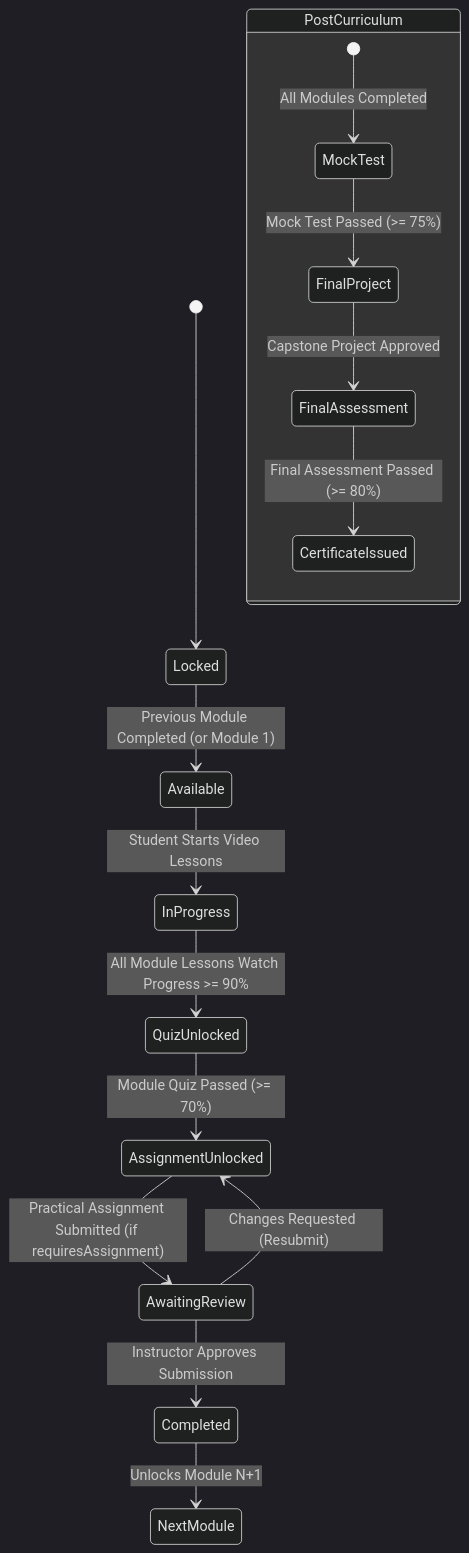
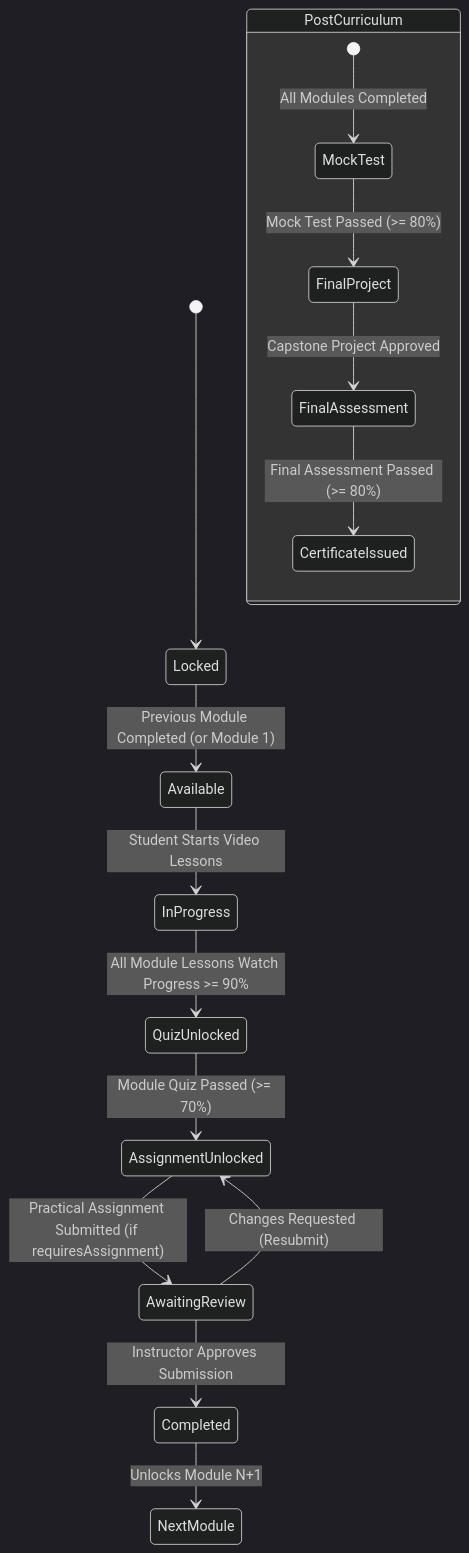
The diagram in README.md (Amit-Roy23/LMS), drawn with Mermaid (dark theme) before and after one commit. The commit also changed 65 other files, not shown here.

````diff
--- a/README.md
+++ b/README.md
@@ -82,19 +82,19 @@
 ```mermaid
 stateDiagram-v2
     [*] --> Locked
     Locked --> Available : Previous Module Completed (or Module 1)
     Available --> InProgress : Student Starts Video Lessons
     InProgress --> QuizUnlocked : All Module Lessons Watch Progress >= 90%
     QuizUnlocked --> AssignmentUnlocked : Module Quiz Passed (>= 70%)
     AssignmentUnlocked --> AwaitingReview : Practical Assignment Submitted (if requiresAssignment)
     AwaitingReview --> AssignmentUnlocked : Changes Requested (Resubmit)
     AwaitingReview --> Completed : Instructor Approves Submission
     Completed --> NextModule : Unlocks Module N+1
 
     state PostCurriculum {
         [*] --> MockTest : All Modules Completed
-        MockTest --> FinalProject : Mock Test Passed (>= 75%)
+        MockTest --> FinalProject : Mock Test Passed (>= 80%)
         FinalProject --> FinalAssessment : Capstone Project Approved
         FinalAssessment --> CertificateIssued : Final Assessment Passed (>= 80%)
     }
 ```
````
